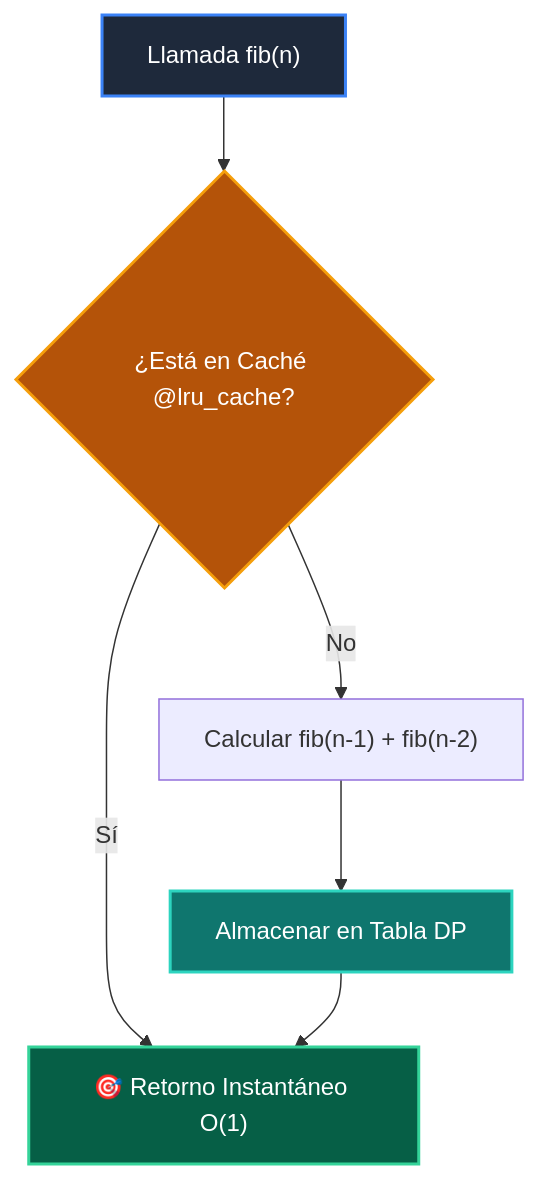
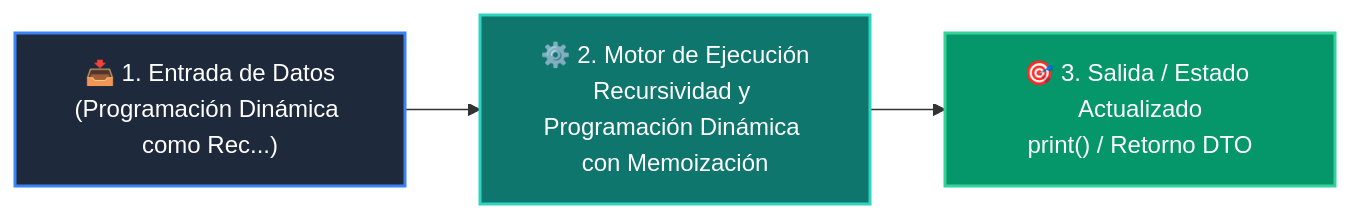
One commit to wisrovi/wisrovi-python changed the diagram in 02-algoritmos-estructuras/clase-08-recursividad-y-programacion-dinamica/README.md. Above: the diagram before and after it, drawn with Mermaid. The commit also changed other lines of this file and 54 other files, not shown here.

Commit message:
refactor: clean repository root by moving maintenance scripts to scripts/ and restore rich high-contrast Mermaid diagrams for all classes and examples

````diff
--- a/02-algoritmos-estructuras/clase-08-recursividad-y-programacion-dinamica/README.md
+++ b/02-algoritmos-estructuras/clase-08-recursividad-y-programacion-dinamica/README.md
@@ -12,13 +12,9 @@
 ```mermaid
-flowchart TD
-    N["Llamada fib(n)"] --> CHK{"¿Está en Caché @lru_cache?"}
-    CHK -->|Sí| HIT["🎯 Retorno Instantáneo O(1)"]
-    CHK -->|No| CALC["Calcular fib(n-1) + fib(n-2)"]
-    CALC --> STORE["Almacenar en Tabla DP"]
-    STORE --> HIT
+flowchart LR
+    A["📥 1. Entrada de Datos<br/>(Programación Dinámica como Rec...)"] --> B["⚙️ 2. Motor de Ejecución<br/>Recursividad y Programación Dinámica con Memoización"]
+    B --> C["🎯 3. Salida / Estado Actualizado<br/>print() / Retorno DTO"]
 
-    style N fill:#1e293b,color:#fff,stroke:#3b82f6,stroke-width:2px
-    style CHK fill:#b45309,color:#fff,stroke:#f59e0b,stroke-width:2px
-    style HIT fill:#065f46,color:#fff,stroke:#34d399,stroke-width:2px
-    style STORE fill:#0f766e,color:#fff,stroke:#2dd4bf,stroke-width:2px
+    style A fill:#1e293b,color:#ffffff,stroke:#3b82f6,stroke-width:2px
+    style B fill:#0f766e,color:#ffffff,stroke:#2dd4bf,stroke-width:2px
+    style C fill:#059669,color:#ffffff,stroke:#34d399,stroke-width:2px
 ```
````
